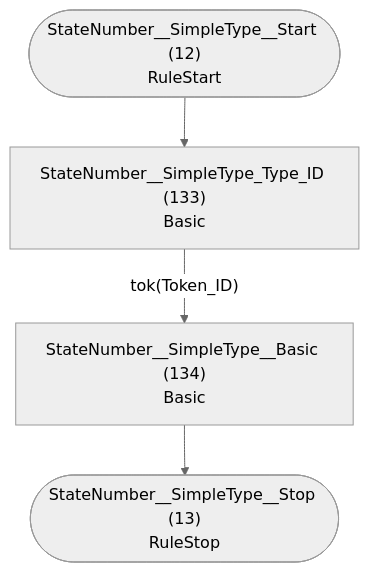
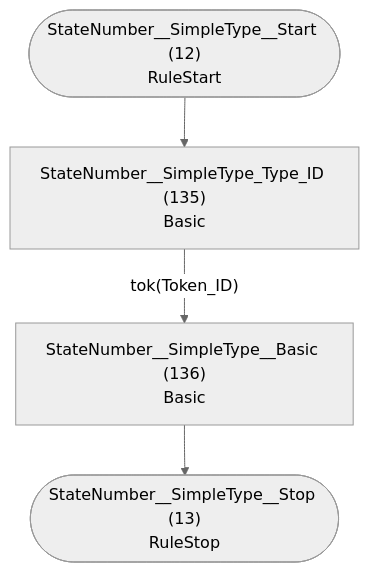
One commit to TypeFox/fastbelt changed the seventh of 37 diagrams in internal/grammar/atn.md. Above: the diagram before and after it, drawn with Mermaid (neutral theme). The commit also changed other lines of this file and 10 other files, not shown here.

Commit message:
Add group type and command to token groups

````diff
--- a/internal/grammar/atn.md
+++ b/internal/grammar/atn.md
@@ -200,11 +200,11 @@
 ```mermaid
 flowchart TD
     q12(["StateNumber__SimpleType__Start (12)<br/>RuleStart"])
     q13(["StateNumber__SimpleType__Stop (13)<br/>RuleStop"])
-    q133["StateNumber__SimpleType_Type_ID (133)<br/>Basic<br/>"]
-    q134["StateNumber__SimpleType__Basic (134)<br/>Basic<br/>"]
+    q135["StateNumber__SimpleType_Type_ID (135)<br/>Basic<br/>"]
+    q136["StateNumber__SimpleType__Basic (136)<br/>Basic<br/>"]
 
-    q12 --> q133
-    q133 -->|"tok(Token_ID)"| q134
-    q134 --> q13
+    q12 --> q135
+    q135 -->|"tok(Token_ID)"| q136
+    q136 --> q13
 ```
````
